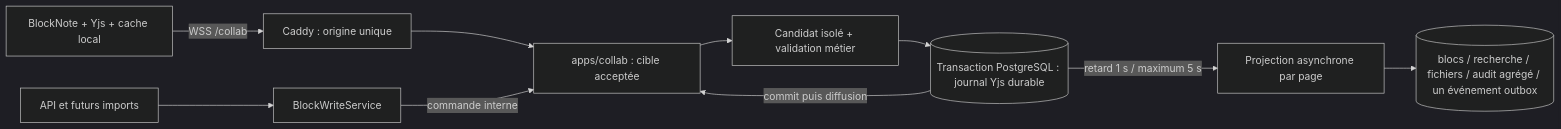
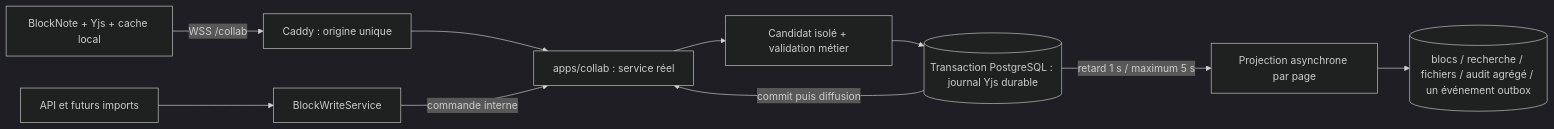
The second of 2 diagrams in ARCHITECTURE.md (FoxTimew/Memoria), drawn with Mermaid (dark theme) before and after one commit. The commit also changed other lines of this file and 19 other files, not shown here.

````diff
--- a/ARCHITECTURE.md
+++ b/ARCHITECTURE.md
@@ -60,12 +61,12 @@
 ```mermaid
 flowchart LR
   Browser[BlockNote + Yjs + cache local] -->|WSS /collab| Caddy[Caddy : origine unique]
-  Caddy --> Collab[apps/collab : cible acceptée]
+  Caddy --> Collab[apps/collab : service réel]
   API[API et futurs imports] --> Writer[BlockWriteService]
   Writer -->|commande interne| Collab
   Collab --> Validation[Candidat isolé + validation métier]
   Validation --> PG[(Transaction PostgreSQL : journal Yjs durable)]
   PG -->|commit puis diffusion| Collab
   PG -->|retard 1 s / maximum 5 s| Projection[Projection asynchrone par page]
   Projection --> Effects[(blocs / recherche / fichiers / audit agrégé / un événement outbox)]
 ```
````
